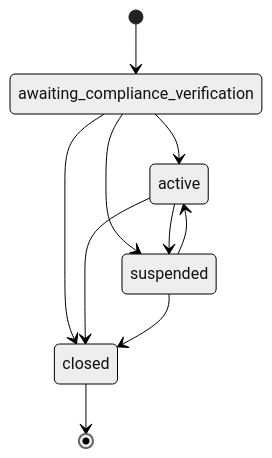
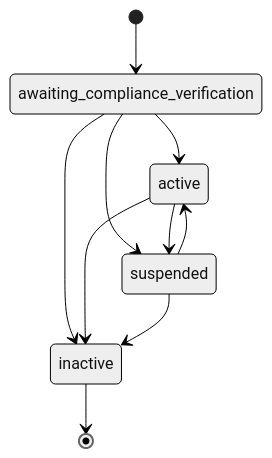
One commit to bloque-app/sdk changed the diagram in website/en/guide/reference/organizations.mdx. Above: the diagram before and after it, drawn with Mermaid (neutral theme). The commit also changed other lines of this file and 48 other files, not shown here.

````diff
--- a/website/en/guide/reference/organizations.mdx
+++ b/website/en/guide/reference/organizations.mdx
@@ -118,12 +118,12 @@
 ```mermaid
 stateDiagram-v2
     [*] --> awaiting_compliance_verification
     awaiting_compliance_verification --> active
     awaiting_compliance_verification --> suspended
-    awaiting_compliance_verification --> closed
+    awaiting_compliance_verification --> inactive
     active --> suspended
-    active --> closed
+    active --> inactive
     suspended --> active
-    suspended --> closed
-    closed --> [*]
+    suspended --> inactive
+    inactive --> [*]
 ```
````
